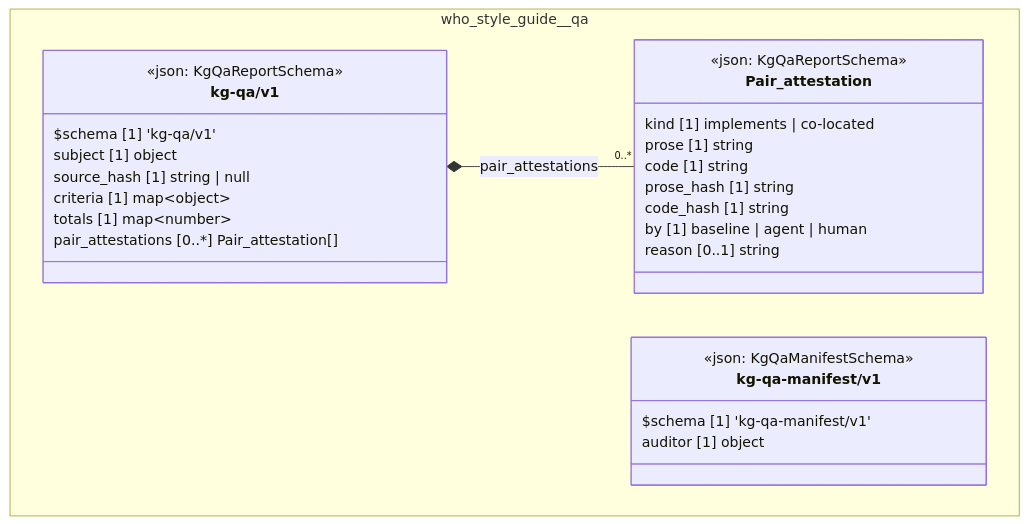
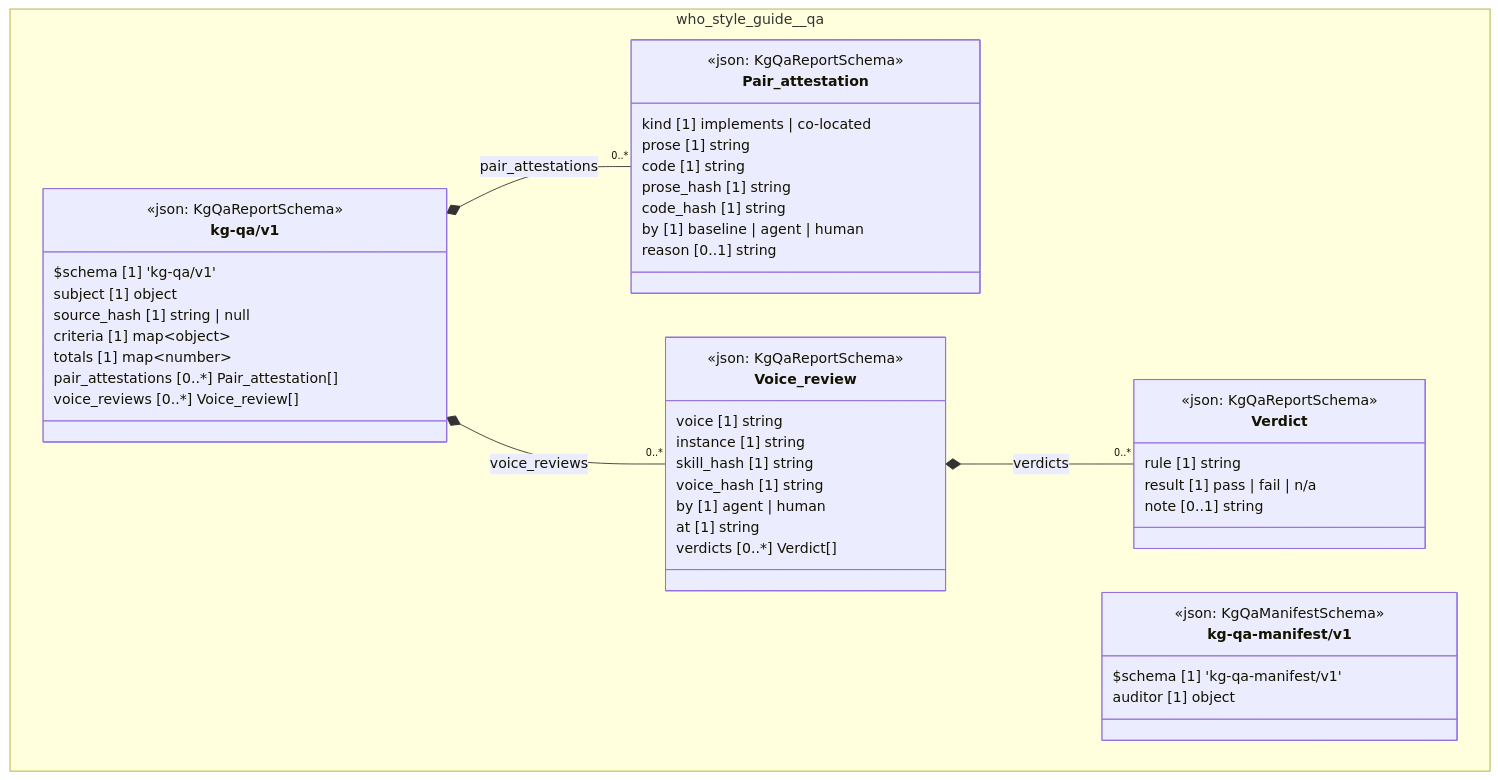
Before and after one commit to litlfred/folio-assistant: the diagram in cat-harness/uml/overview/who-style-guide/qa.mmd, drawn with Mermaid. The commit also changed 573 other files, not shown here.

First line of the commit message:
rkqp: agentic review axis for skills against the skill voices

```diff
--- a/cat-harness/uml/overview/who-style-guide/qa.mmd
+++ b/cat-harness/uml/overview/who-style-guide/qa.mmd
@@ -1,32 +1,53 @@
 classDiagram
   direction TB
   namespace who_style_guide__qa {
     class who_style_guide_qa_kg_qa_v1_Pair_attestation["Pair_attestation"] {
       <<json: KgQaReportSchema>>
       kind [1] implements | co-located
       prose [1] string
       code [1] string
       prose_hash [1] string
       code_hash [1] string
       by [1] baseline | agent | human
       reason [0..1] string
     }
+    class who_style_guide_qa_kg_qa_v1_Verdict["Verdict"] {
+      <<json: KgQaReportSchema>>
+      rule [1] string
+      result [1] pass | fail | n/a
+      note [0..1] string
+    }
+    class who_style_guide_qa_kg_qa_v1_Voice_review["Voice_review"] {
+      <<json: KgQaReportSchema>>
+      voice [1] string
+      instance [1] string
+      skill_hash [1] string
+      voice_hash [1] string
+      by [1] agent | human
+      at [1] string
+      verdicts [0..*] Verdict[]
+    }
     class who_style_guide_qa_kg_qa_v1_kg_qa_v1["kg-qa/v1"] {
       <<json: KgQaReportSchema>>
       $schema [1] 'kg-qa/v1'
       subject [1] object
       source_hash [1] string | null
       criteria [1] map~object~
       totals [1] map~number~
       pair_attestations [0..*] Pair_attestation[]
+      voice_reviews [0..*] Voice_review[]
     }
     class who_style_guide_qa_kg_qa_manifest_v1_kg_qa_manifest_v1["kg-qa-manifest/v1"] {
       <<json: KgQaManifestSchema>>
       $schema [1] 'kg-qa-manifest/v1'
       auditor [1] object
     }
   }
   who_style_guide_qa_kg_qa_v1_kg_qa_v1 *-- "0..*" who_style_guide_qa_kg_qa_v1_Pair_attestation : pair_attestations
+  who_style_guide_qa_kg_qa_v1_Voice_review *-- "0..*" who_style_guide_qa_kg_qa_v1_Verdict : verdicts
+  who_style_guide_qa_kg_qa_v1_kg_qa_v1 *-- "0..*" who_style_guide_qa_kg_qa_v1_Voice_review : voice_reviews
   cssClass "who_style_guide_qa_kg_qa_v1_Pair_attestation" fa_uml_kind_qa
+  cssClass "who_style_guide_qa_kg_qa_v1_Verdict" fa_uml_kind_qa
+  cssClass "who_style_guide_qa_kg_qa_v1_Voice_review" fa_uml_kind_qa
   cssClass "who_style_guide_qa_kg_qa_v1_kg_qa_v1" fa_uml_kind_qa
   cssClass "who_style_guide_qa_kg_qa_manifest_v1_kg_qa_manifest_v1" fa_uml_kind_qa
```
